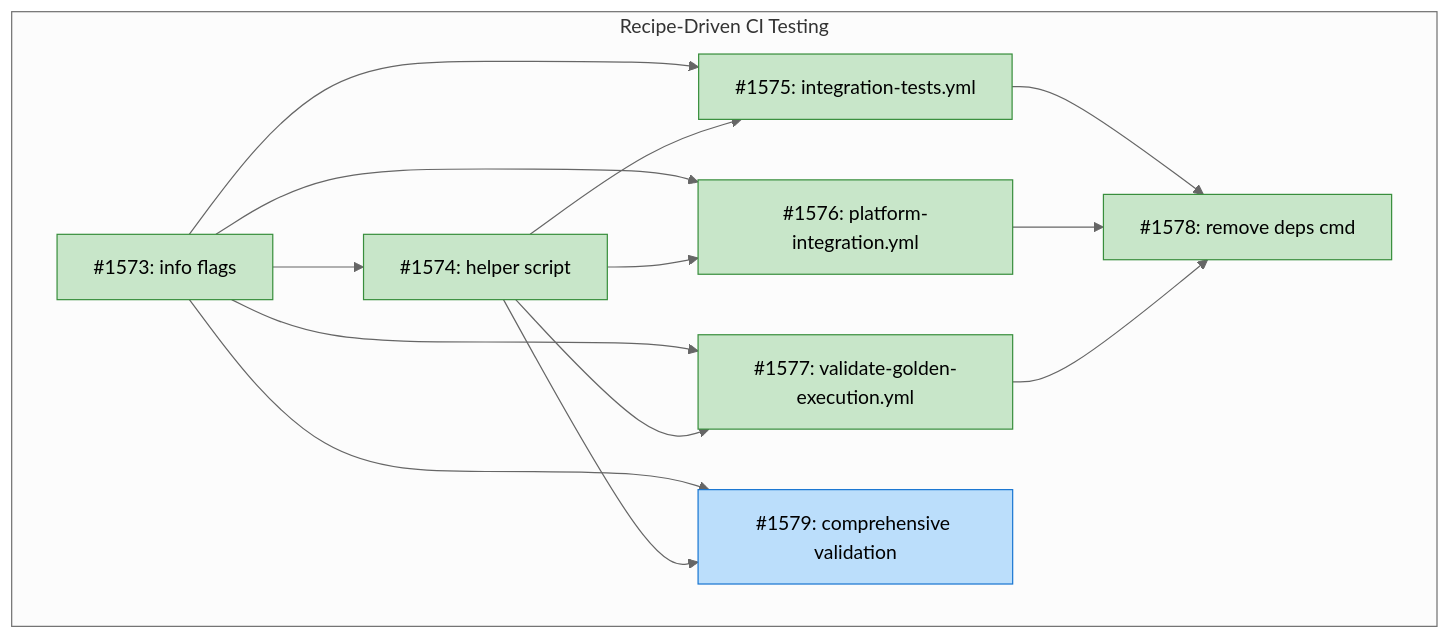
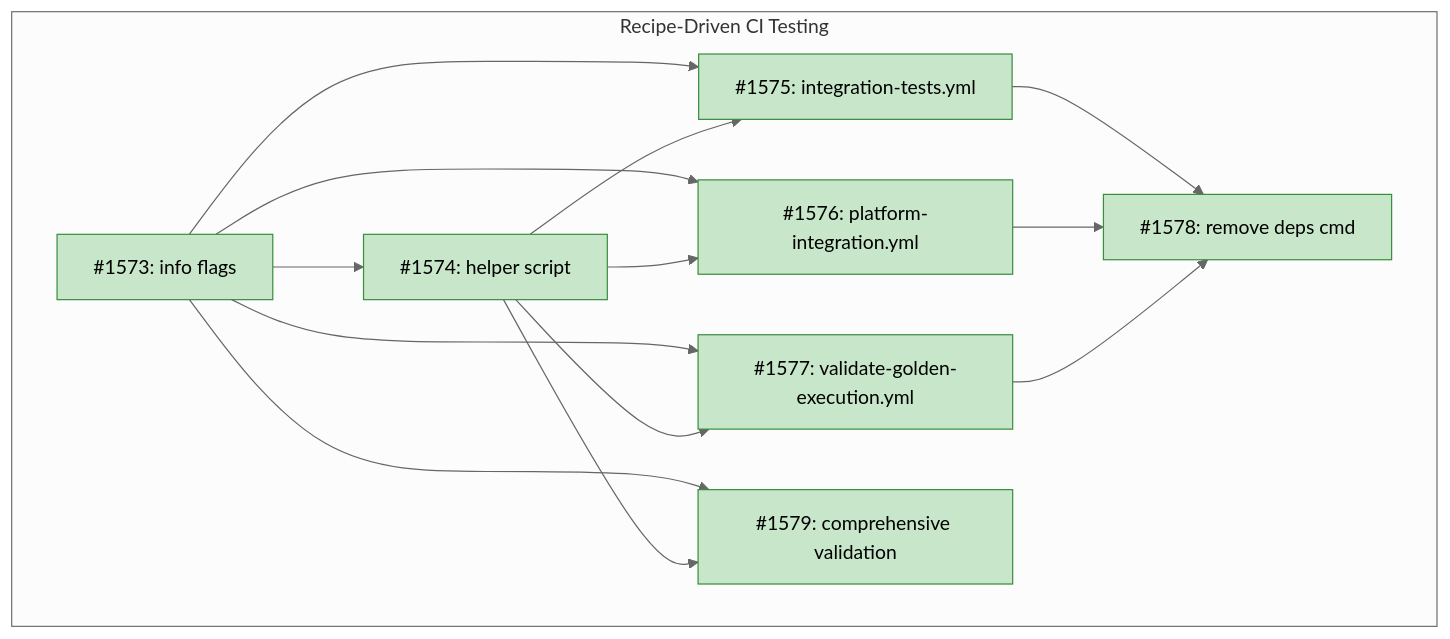
One commit to tsukumogami/tsuku changed the diagram in docs/designs/DESIGN-recipe-driven-ci-testing.md. Above: the diagram before and after it, drawn with Mermaid (neutral theme). The commit also changed other lines of this file, not shown here.

Commit message:
docs(design): mark issue #1579 complete
Update Implementation Issues section: strike through issue link and
update Mermaid diagram from ready to done.

All milestone issues are now complete.

Ref #1579

````diff
--- a/docs/designs/DESIGN-recipe-driven-ci-testing.md
+++ b/docs/designs/DESIGN-recipe-driven-ci-testing.md
@@ -54,38 +54,38 @@
 ```mermaid
 graph TD
     subgraph Recipe-Driven CI Testing
         I1573[#1573: info flags]
         I1574[#1574: helper script]
         I1575[#1575: integration-tests.yml]
         I1576[#1576: platform-integration.yml]
         I1577[#1577: validate-golden-execution.yml]
         I1578[#1578: remove deps cmd]
         I1579[#1579: comprehensive validation]
     end
 
     I1573 --> I1574
     I1573 --> I1575
     I1573 --> I1576
     I1573 --> I1577
     I1573 --> I1579
     I1574 --> I1575
     I1574 --> I1576
     I1574 --> I1577
     I1574 --> I1579
     I1575 --> I1578
     I1576 --> I1578
     I1577 --> I1578
 
     classDef done fill:#c8e6c9,stroke:#388e3c
     classDef ready fill:#bbdefb,stroke:#1976d2
     classDef blocked fill:#fff9c4,stroke:#fbc02d
     classDef needsDesign fill:#e1bee7,stroke:#7b1fa2
 
     class I1573 done
     class I1574 done
     class I1575 done
     class I1576 done
     class I1577 done
     class I1578 done
-    class I1579 ready
+    class I1579 done
 ```
````
